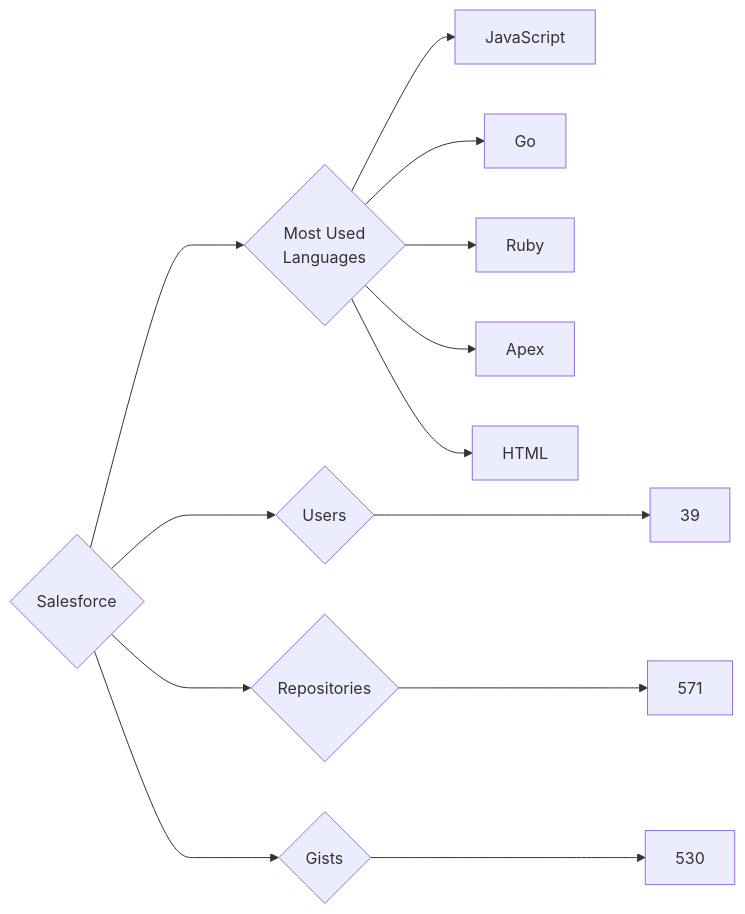
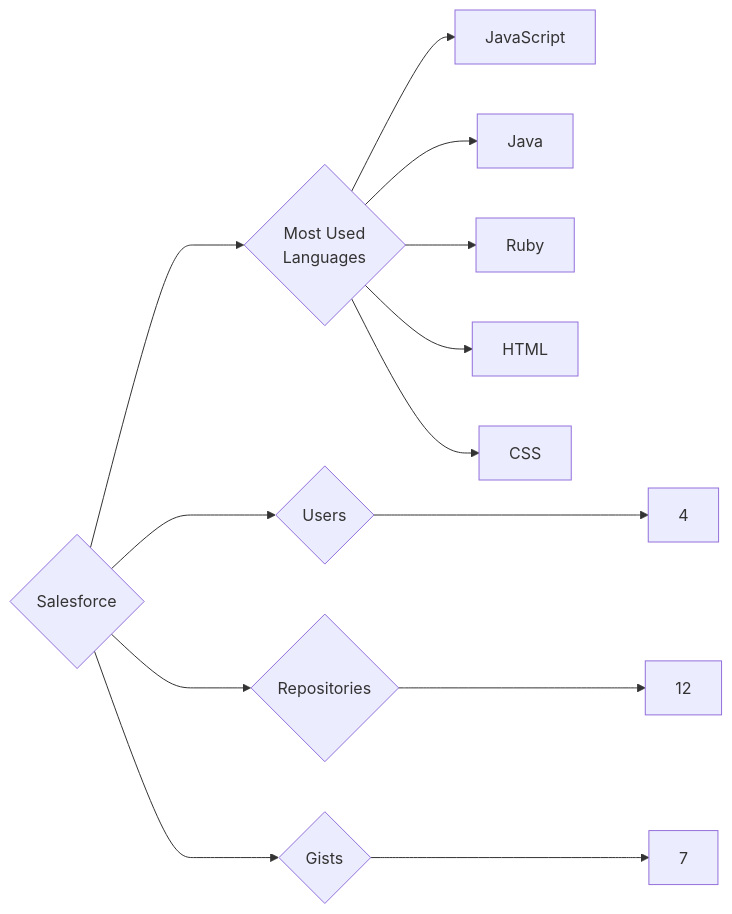
The diagram in targets/Salesforce/README.md (trickest/insiders), drawn with Mermaid before and after one commit. The commit also changed 597 other files, not shown here.

````diff
--- a/targets/Salesforce/README.md
+++ b/targets/Salesforce/README.md
@@ -3,13 +3,13 @@
 ```mermaid
 graph LR
 COMPANY_NAME{Salesforce}
-COMPANY_NAME ---> U{Users} ---> UN[39]
-COMPANY_NAME ---> R{Repositories} ---> RN[571]
-COMPANY_NAME ---> G{Gists} ---> GN[530]
+COMPANY_NAME ---> U{Users} ---> UN[4]
+COMPANY_NAME ---> R{Repositories} ---> RN[12]
+COMPANY_NAME ---> G{Gists} ---> GN[7]
 COMPANY_NAME ---> ML{Most Used<br>Languages}
 ML --> JavaScript[JavaScript]
-ML --> Go[Go]
+ML --> Java[Java]
 ML --> Ruby[Ruby]
-ML --> Apex[Apex]
 ML --> HTML[HTML]
+ML --> CSS[CSS]
 ```
````
